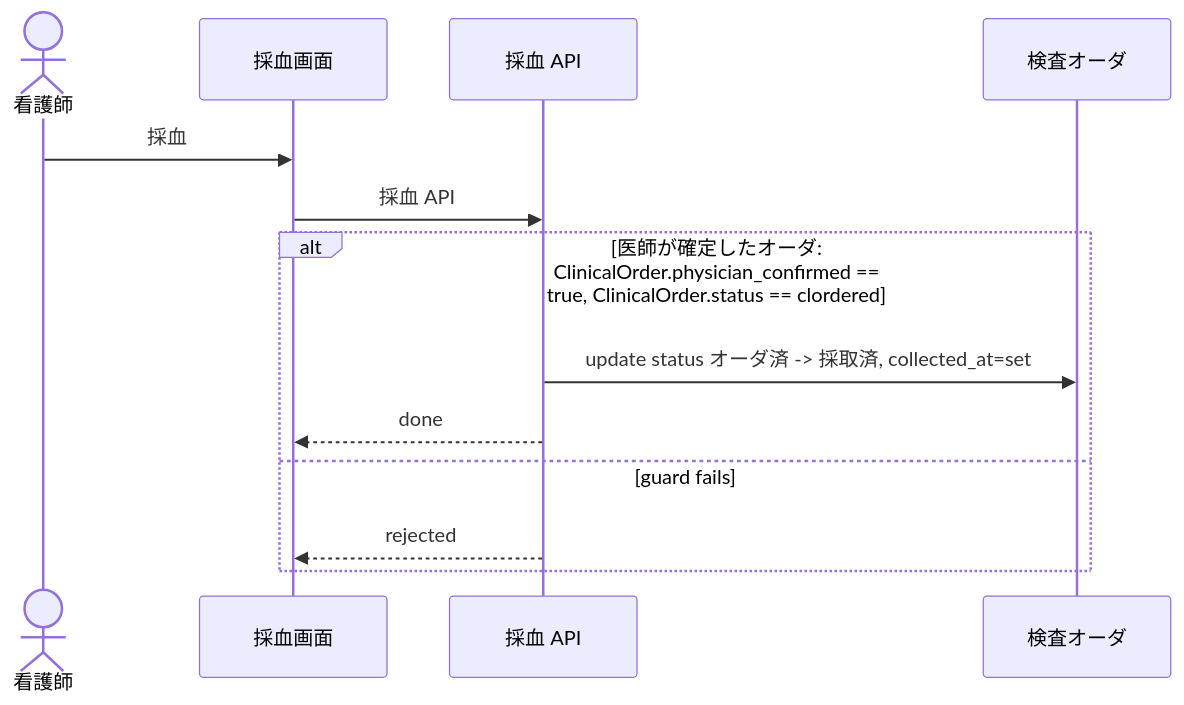
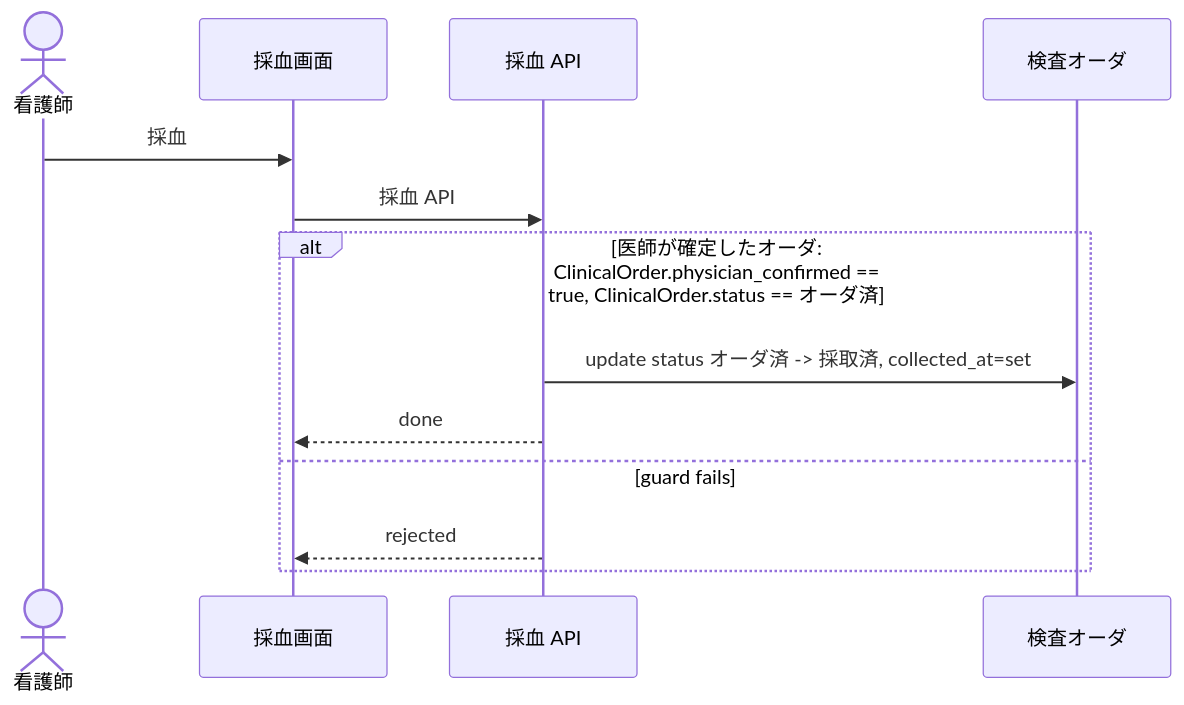
The diagram in samples/clinic-ops/out/uc/sequence_CollectSpecimen.mmd (manji-0/rdra-ish-dsl), drawn with Mermaid before and after one commit. The commit also changed 14 other files, not shown here.

```diff
--- a/samples/clinic-ops/out/uc/sequence_CollectSpecimen.mmd
+++ b/samples/clinic-ops/out/uc/sequence_CollectSpecimen.mmd
@@ -1,16 +1,16 @@
 %% rdra-ish diagram=sequence scope=usecase:CollectSpecimen model=samples/clinic-ops
 %% kinds: actor screen api entity
 %% omitted: buc step medium permission condition
 sequenceDiagram
   actor actor__Nurse as 看護師
   participant screen__SpecimenScreen as 採血画面
   participant api__CollectSpecimenApi as 採血 API
   participant entity__ClinicalOrder as 検査オーダ
   actor__Nurse ->> screen__SpecimenScreen: 採血
   screen__SpecimenScreen ->> api__CollectSpecimenApi: 採血 API
-  alt 医師が確定したオーダ: ClinicalOrder.physician_confirmed == true, ClinicalOrder.status == clordered
+  alt 医師が確定したオーダ: ClinicalOrder.physician_confirmed == true, ClinicalOrder.status == オーダ済
     api__CollectSpecimenApi ->> entity__ClinicalOrder: update status オーダ済 -> 採取済, collected_at=set
     api__CollectSpecimenApi -->> screen__SpecimenScreen: done
   else guard fails
     api__CollectSpecimenApi -->> screen__SpecimenScreen: rejected
   end
```
